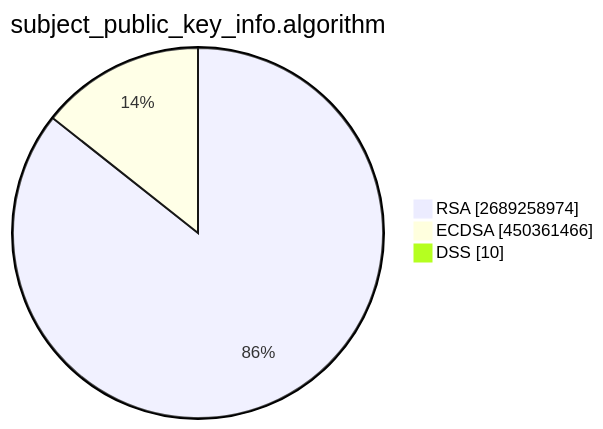
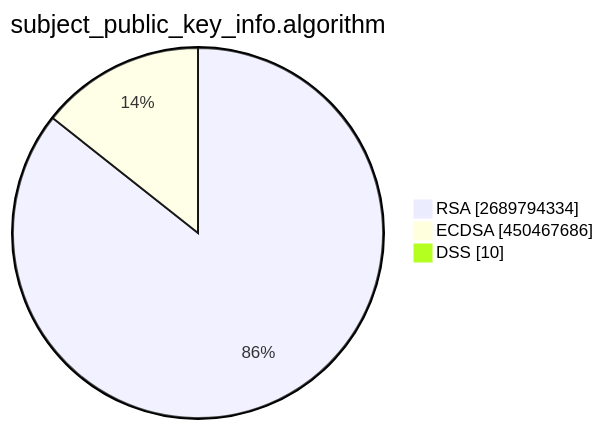
One commit to christiankrug/ctmonitor_visualization changed the second of 15 diagrams in TOTAL/README.md. Above: the diagram before and after it, drawn with Mermaid. The commit also changed other lines of this file, not shown here.

````diff
--- a/TOTAL/README.md
+++ b/TOTAL/README.md
@@ -6,7 +6,7 @@
 ```mermaid
 pie showData
 title subject_public_key_info.algorithm
-"RSA" :2689258974
-"ECDSA" :450361466
+"RSA" :2689794334
+"ECDSA" :450467686
 "DSS" :10
 ```
````
